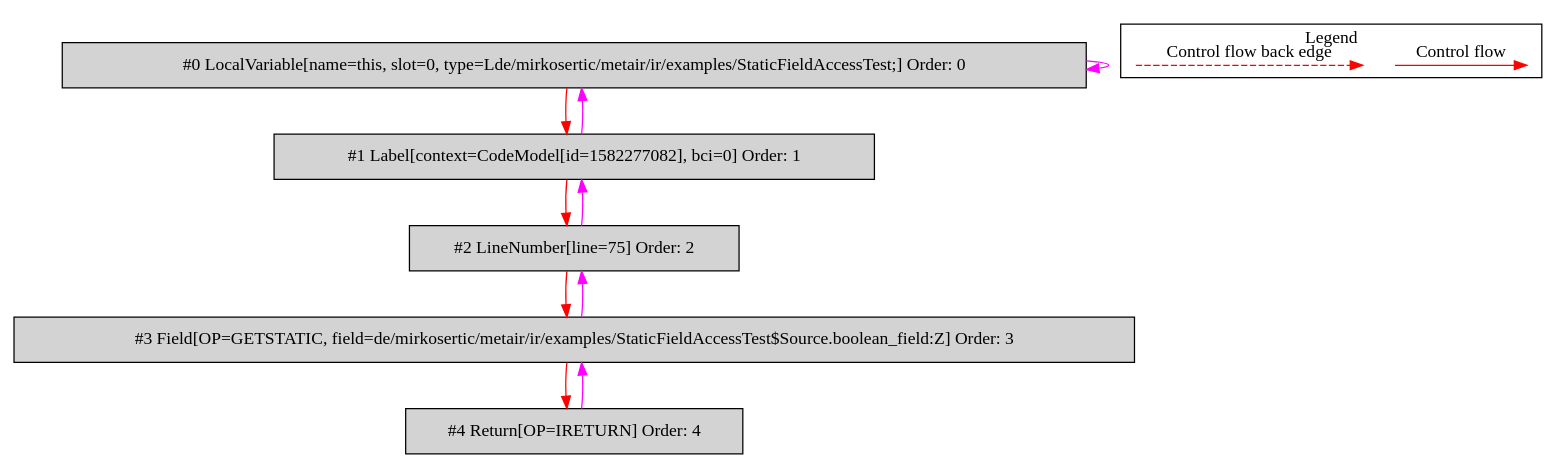
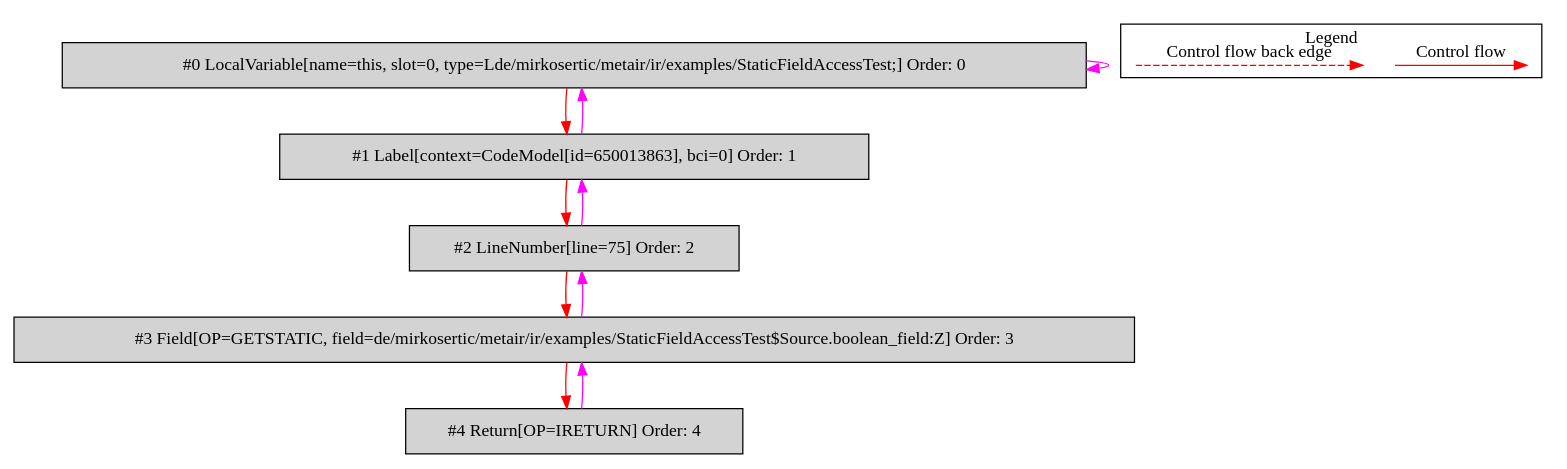
Before and after one commit to mirkosertic/MetaIR: the diagram in de.mirkosertic.metair.ir.examples.StaticFieldAccessTest/return_boolean/bytecodecfg.dot, drawn with Graphviz. The commit also changed 1213 other files, not shown here.

```diff
--- a/de.mirkosertic.metair.ir.examples.StaticFieldAccessTest/return_boolean/bytecodecfg.dot
+++ b/de.mirkosertic.metair.ir.examples.StaticFieldAccessTest/return_boolean/bytecodecfg.dot
@@ -1,31 +1,31 @@
 digraph {
  ordering="in";
  node0[label="#0 LocalVariable[name=this, slot=0, type=Lde/mirkosertic/metair/ir/examples/StaticFieldAccessTest;] Order: 0", shape=box, fillcolor=lightgrey, style=filled];
- node1[label="#1 Label[context=CodeModel[id=1582277082], bci=0] Order: 1", shape=box, fillcolor=lightgrey, style=filled];
+ node1[label="#1 Label[context=CodeModel[id=650013863], bci=0] Order: 1", shape=box, fillcolor=lightgrey, style=filled];
  node2[label="#2 LineNumber[line=75] Order: 2", shape=box, fillcolor=lightgrey, style=filled];
  node3[label="#3 Field[OP=GETSTATIC, field=de/mirkosertic/metair/ir/examples/StaticFieldAccessTest$Source.boolean_field:Z] Order: 3", shape=box, fillcolor=lightgrey, style=filled];
  node4[label="#4 Return[OP=IRETURN] Order: 4", shape=box, fillcolor=lightgrey, style=filled];
  node0 -> node0[color=fuchsia];
  node0 -> node1[color=red];
  node1 -> node0[color=fuchsia];
  node1 -> node2[color=red];
  node2 -> node1[color=fuchsia];
  node2 -> node3[color=red];
  node3 -> node2[color=fuchsia];
  node3 -> node4[color=red];
  node4 -> node3[color=fuchsia];
  subgraph cluster_000 {
   label = "Legend";
   node [shape=point]
   {
    rank=same;
    c0 [style = invis];
    c1 [style = invis];
    c2 [style = invis];
    c3 [style = invis];
   }
   c0 -> c1 [label="Control flow", style=solid, color=red]
   c2 -> c3 [label="Control flow back edge", style=dashed, color=red]
  }
 
 }
```
